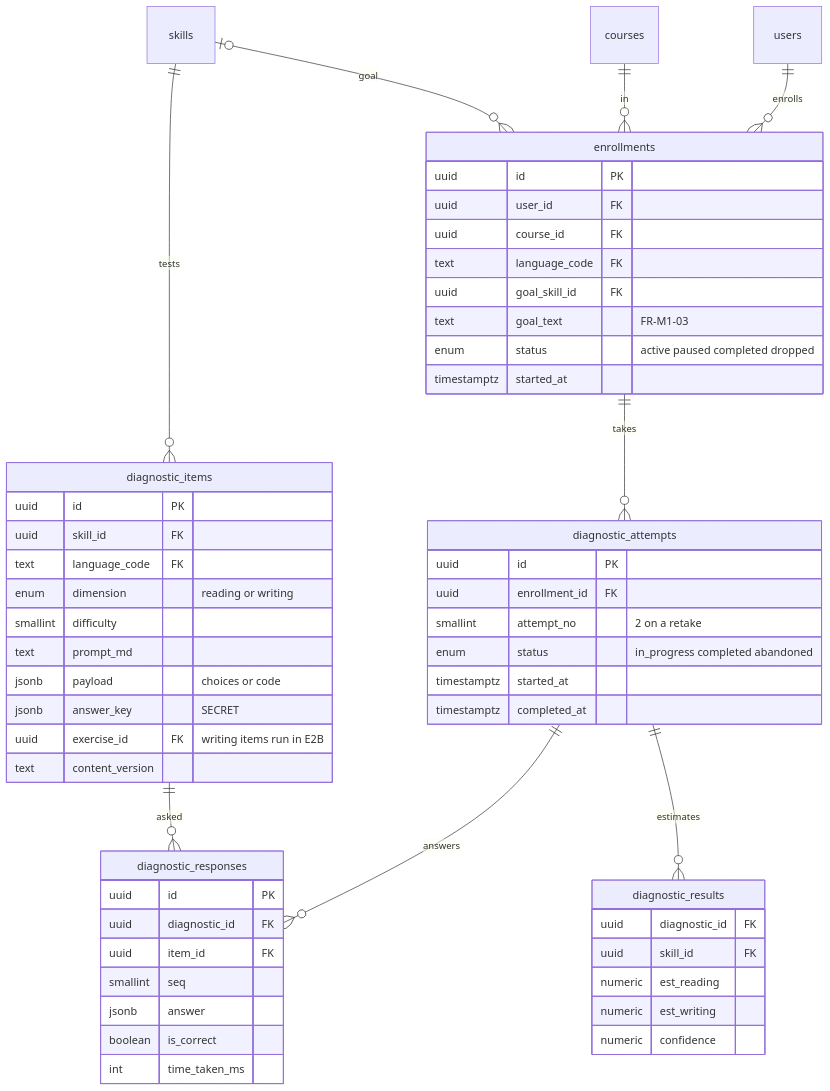
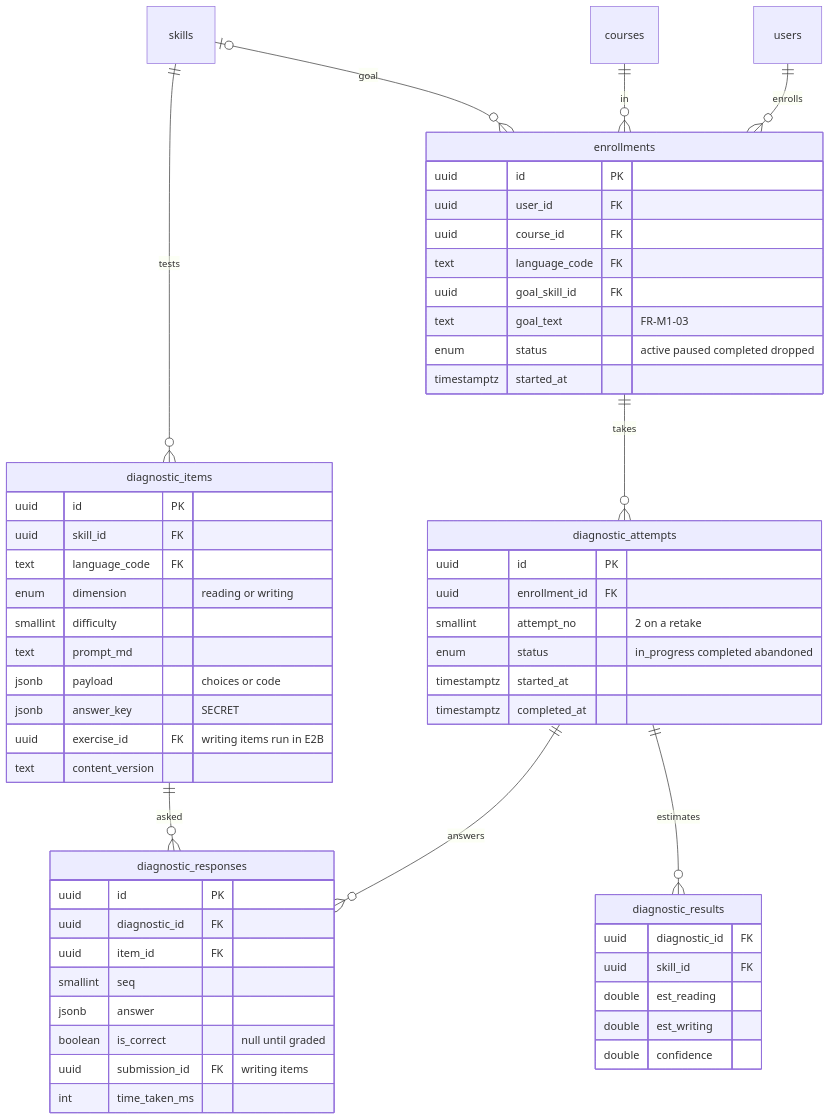
One commit to Nidanos/ai-tutor-platform changed the ninth of 32 diagrams in DOCS/phase-2/MP3-System-Design.md. Above: the diagram before and after it, drawn with Mermaid. The commit also changed other lines of this file, not shown here.

Commit message:
docs: update Phase 2 design with per-skill fade, schema refinements and auth decisions

````diff
--- a/DOCS/phase-2/MP3-System-Design.md
+++ b/DOCS/phase-2/MP3-System-Design.md
@@ -498,57 +548,58 @@
 ```mermaid
 erDiagram
   users ||--o{ enrollments : "enrolls"
   courses ||--o{ enrollments : "in"
   skills |o--o{ enrollments : "goal"
   enrollments ||--o{ diagnostic_attempts : "takes"
   diagnostic_attempts ||--o{ diagnostic_responses : "answers"
   diagnostic_items ||--o{ diagnostic_responses : "asked"
   diagnostic_attempts ||--o{ diagnostic_results : "estimates"
   skills ||--o{ diagnostic_items : "tests"
   enrollments {
     uuid id PK
     uuid user_id FK
     uuid course_id FK
     text language_code FK
     uuid goal_skill_id FK
     text goal_text "FR-M1-03"
     enum status "active paused completed dropped"
     timestamptz started_at
   }
   diagnostic_items {
     uuid id PK
     uuid skill_id FK
     text language_code FK
     enum dimension "reading or writing"
     smallint difficulty
     text prompt_md
     jsonb payload "choices or code"
     jsonb answer_key "SECRET"
     uuid exercise_id FK "writing items run in E2B"
     text content_version
   }
   diagnostic_attempts {
     uuid id PK
     uuid enrollment_id FK
     smallint attempt_no "2 on a retake"
     enum status "in_progress completed abandoned"
     timestamptz started_at
     timestamptz completed_at
   }
   diagnostic_responses {
     uuid id PK
     uuid diagnostic_id FK
     uuid item_id FK
     smallint seq
     jsonb answer
-    boolean is_correct
+    boolean is_correct "null until graded"
+    uuid submission_id FK "writing items"
     int time_taken_ms
   }
   diagnostic_results {
     uuid diagnostic_id FK
     uuid skill_id FK
-    numeric est_reading
-    numeric est_writing
-    numeric confidence
+    double est_reading
+    double est_writing
+    double confidence
   }
 ```
````
